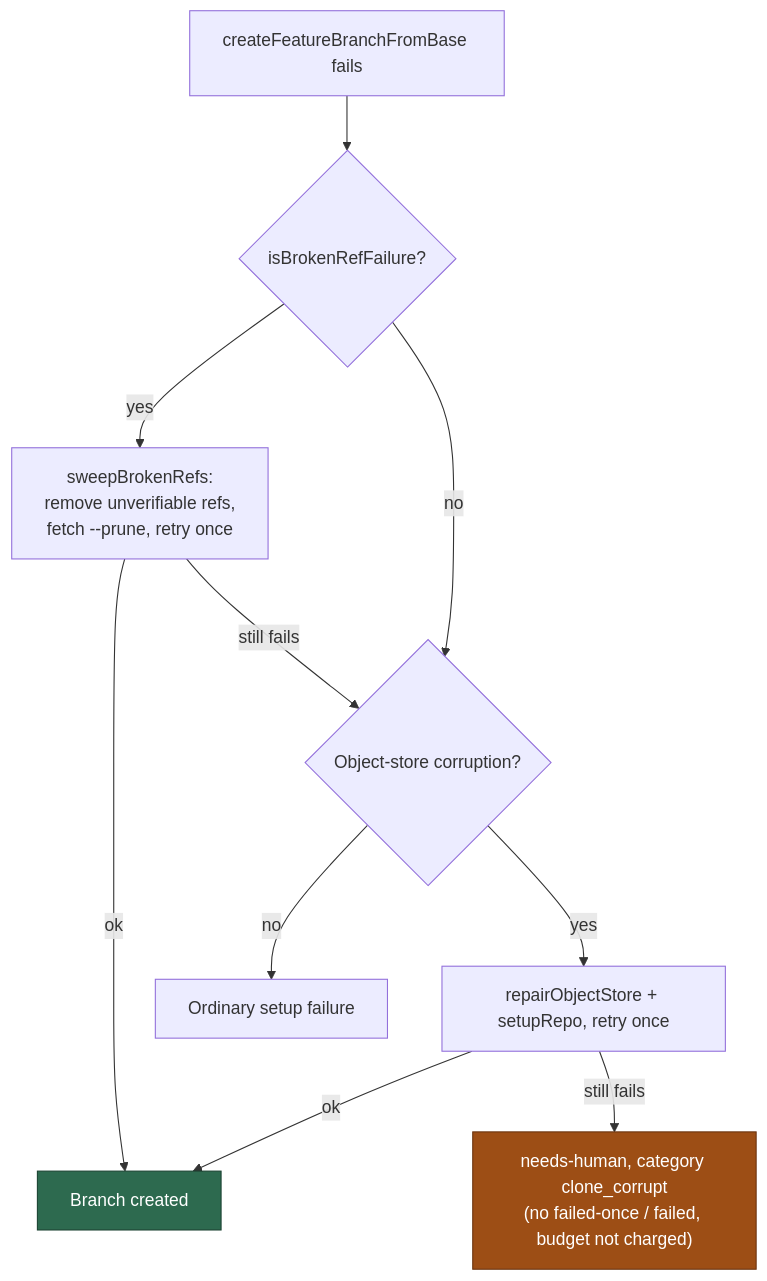
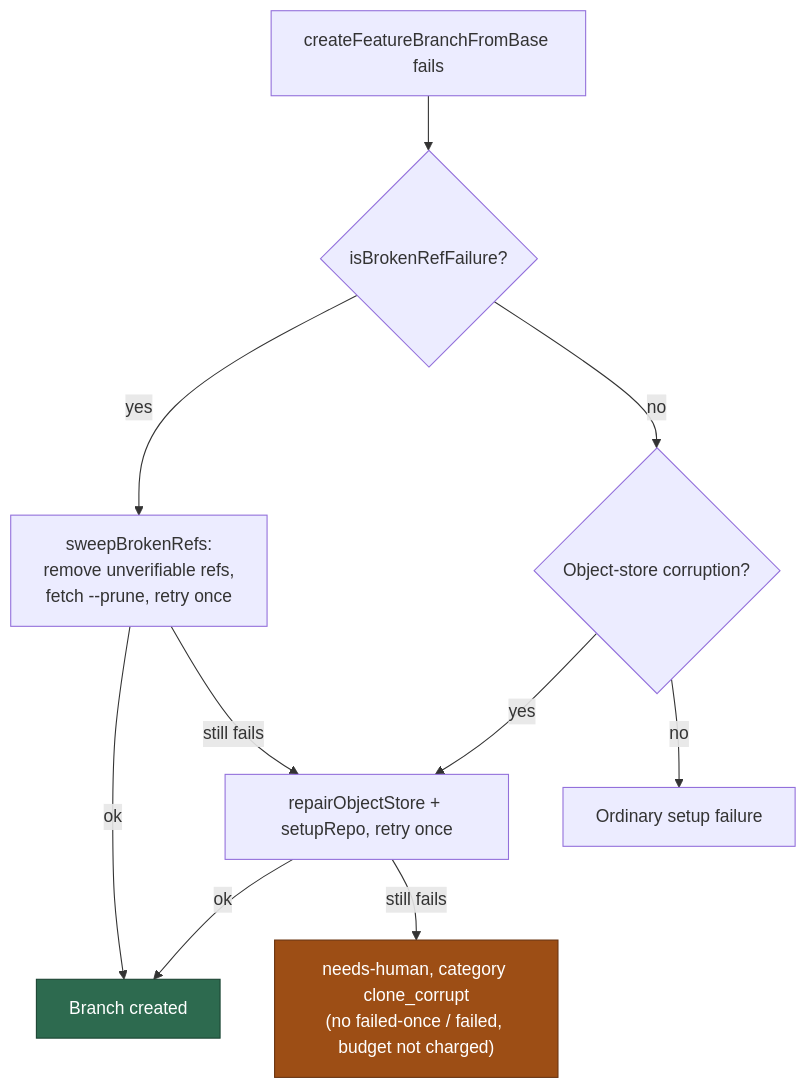
One commit to stSoftwareAU/VibeCoder changed the sixth of 6 diagrams in docs/workflows/README.md. Above: the diagram before and after it, drawn with Mermaid. The commit also changed 6 other files, not shown here.

````diff
--- a/docs/workflows/README.md
+++ b/docs/workflows/README.md
@@ -417,14 +417,14 @@
 ```mermaid
 flowchart TD
     A["createFeatureBranchFromBase fails"] --> B{"isBrokenRefFailure?"}
     B -- yes --> C["sweepBrokenRefs:<br/>remove unverifiable refs,<br/>fetch --prune, retry once"]
     C -- ok --> Z["Branch created"]
-    C -- still fails --> D
+    C -- still fails --> E
     B -- no --> D{"Object-store corruption?"}
     D -- yes --> E["repairObjectStore + setupRepo, retry once"]
     E -- ok --> Z
     E -- still fails --> F["needs-human, category clone_corrupt<br/>(no failed-once / failed, budget not charged)"]
     D -- no --> G[Ordinary setup failure]
     style Z fill:#2d6a4f,stroke:#1b4332,color:#fff
     style F fill:#9d4e15,stroke:#6b3410,color:#fff
 ```
````
